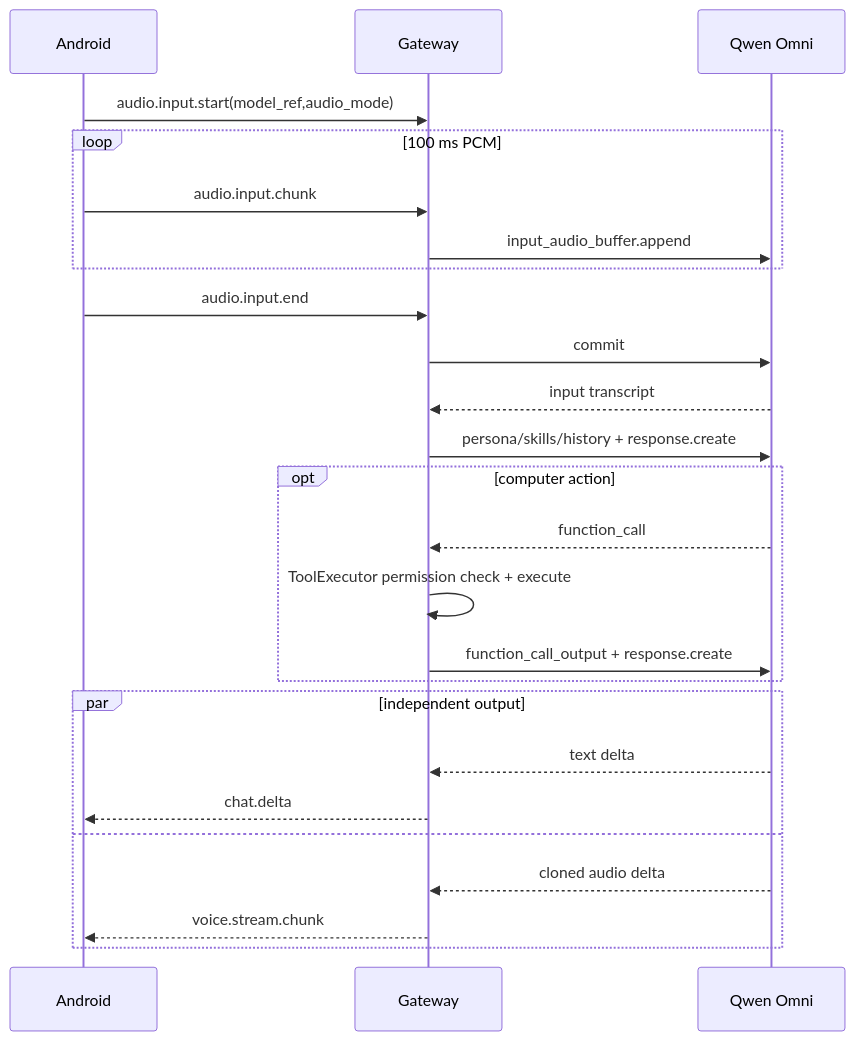
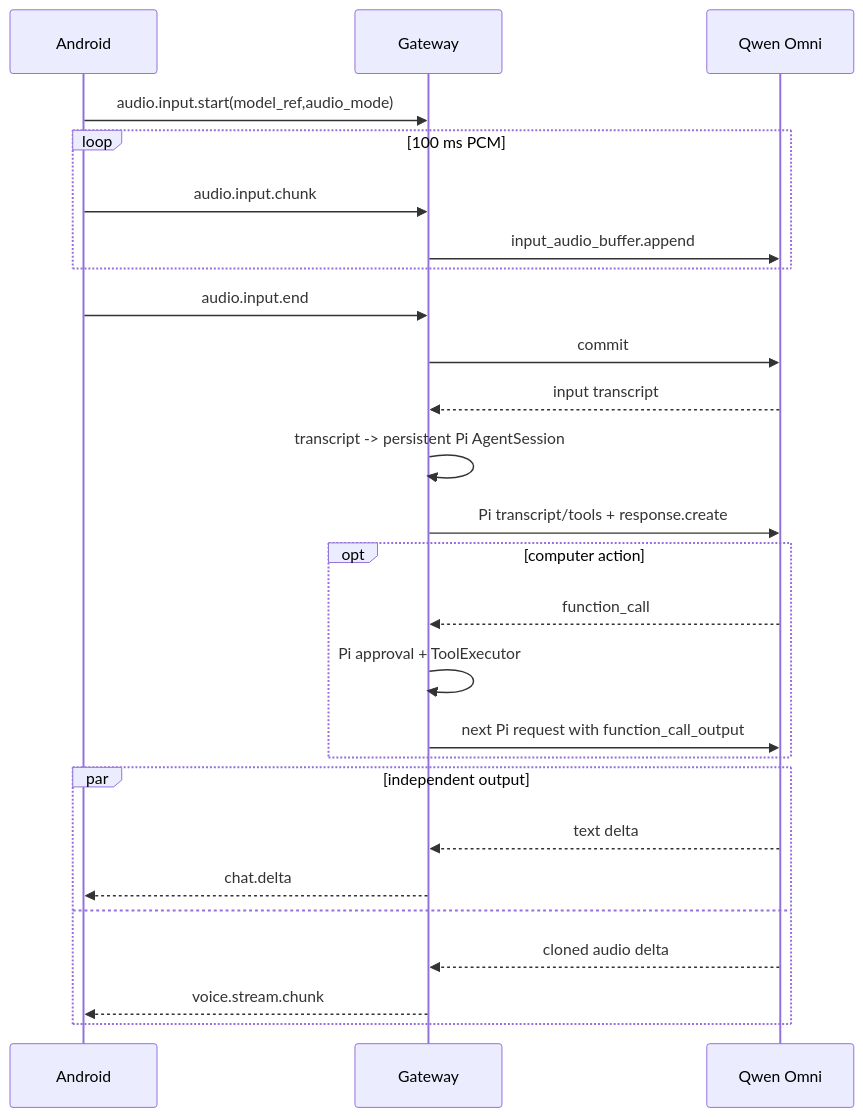
One commit to sdyzjx/open-yachiyo changed the diagram in docs/features/FEAT-voice-omni-audio.md. Above: the diagram before and after it, drawn with Mermaid. The commit also changed other lines of this file and 15 other files, not shown here.

````diff
--- a/docs/features/FEAT-voice-omni-audio.md
+++ b/docs/features/FEAT-voice-omni-audio.md
@@ -23,27 +23,28 @@
 ```mermaid
 sequenceDiagram
   participant A as Android
   participant G as Gateway
   participant Q as Qwen Omni
   A->>G: audio.input.start(model_ref,audio_mode)
   loop 100 ms PCM
     A->>G: audio.input.chunk
     G->>Q: input_audio_buffer.append
   end
   A->>G: audio.input.end
   G->>Q: commit
   Q-->>G: input transcript
-  G->>Q: persona/skills/history + response.create
+  G->>G: transcript -> persistent Pi AgentSession
+  G->>Q: Pi transcript/tools + response.create
   opt computer action
     Q-->>G: function_call
-    G->>G: ToolExecutor permission check + execute
-    G->>Q: function_call_output + response.create
+    G->>G: Pi approval + ToolExecutor
+    G->>Q: next Pi request with function_call_output
   end
   par independent output
     Q-->>G: text delta
     G-->>A: chat.delta
   and
     Q-->>G: cloned audio delta
     G-->>A: voice.stream.chunk
   end
 ```
````
